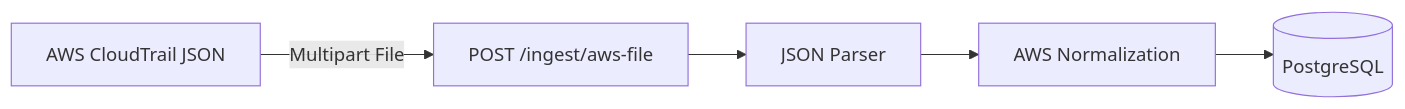
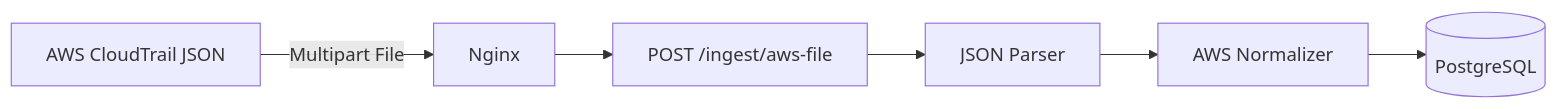
Before and after one commit to HAMLEG448/log-management-demo: the seventh of 14 diagrams in docs/data-flow.md, drawn with Mermaid. The commit also changed other lines of this file and 2 other files, not shown here.

````diff
--- a/docs/data-flow.md
+++ b/docs/data-flow.md
@@ -129,13 +359,15 @@
 ```mermaid
 flowchart LR
     FILE[AWS CloudTrail JSON]
+    NGINX[Nginx]
     UPLOAD[POST /ingest/aws-file]
     PARSER[JSON Parser]
-    NORMALIZE[AWS Normalization]
+    NORMALIZE[AWS Normalizer]
     DB[(PostgreSQL)]
 
-    FILE -->|Multipart File| UPLOAD
+    FILE -->|Multipart File| NGINX
+    NGINX --> UPLOAD
     UPLOAD --> PARSER
     PARSER --> NORMALIZE
     NORMALIZE --> DB
 ```
````
